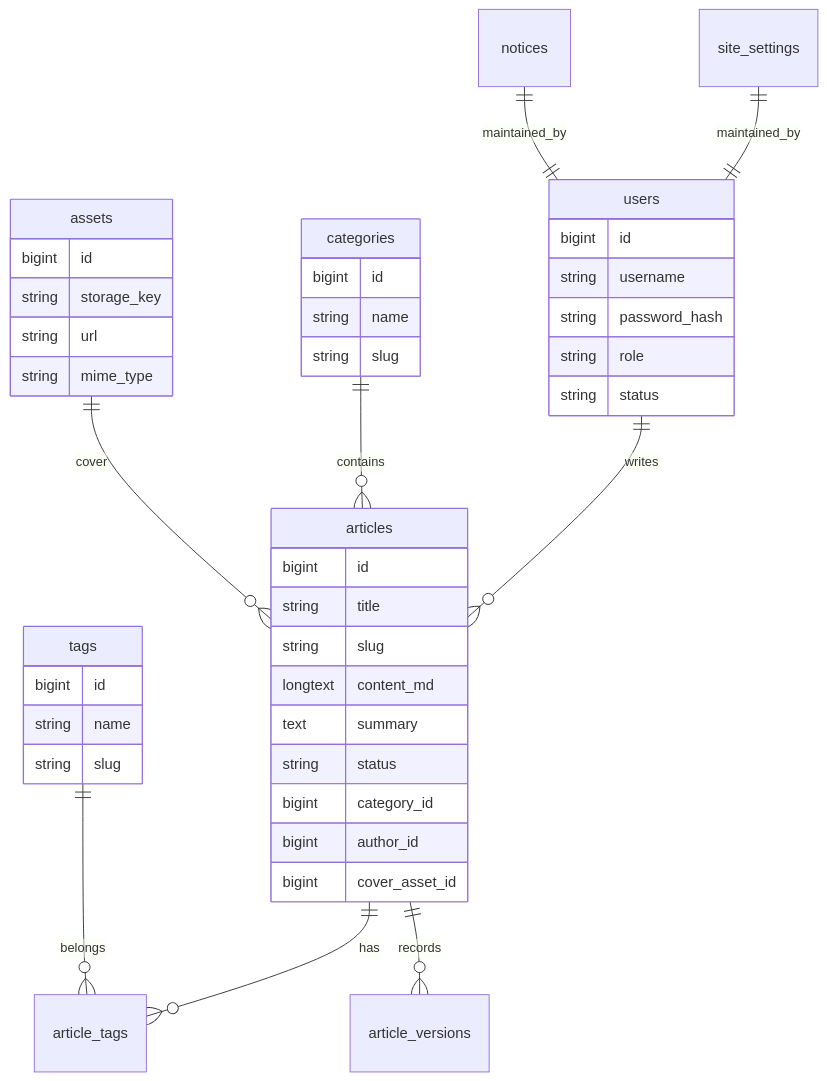
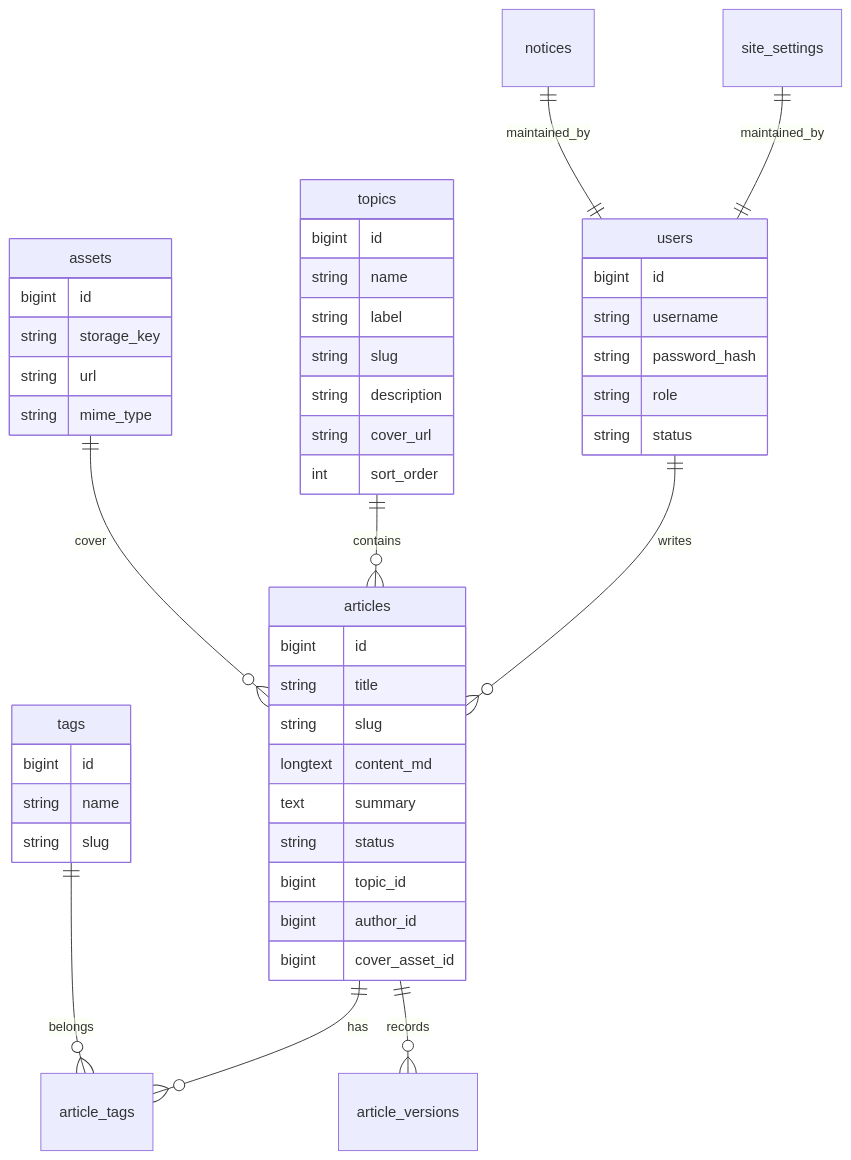
Before and after one commit to SolitudeKing/blog: the diagram in docs/03-data-api-design.md, drawn with Mermaid. The commit also changed other lines of this file and 59 other files, not shown here.

````diff
--- a/docs/03-data-api-design.md
+++ b/docs/03-data-api-design.md
@@ -14,50 +14,54 @@
 ```mermaid
 erDiagram
   users ||--o{ articles : writes
-  categories ||--o{ articles : contains
+  topics ||--o{ articles : contains
   articles ||--o{ article_tags : has
   tags ||--o{ article_tags : belongs
   assets ||--o{ articles : cover
   articles ||--o{ article_versions : records
   site_settings ||--|| users : maintained_by
   notices ||--|| users : maintained_by
 
   users {
     bigint id
     string username
     string password_hash
     string role
     string status
   }
 
   articles {
     bigint id
     string title
     string slug
     longtext content_md
     text summary
     string status
-    bigint category_id
+    bigint topic_id
     bigint author_id
     bigint cover_asset_id
   }
 
-  categories {
+  topics {
     bigint id
     string name
+    string label
     string slug
+    string description
+    string cover_url
+    int sort_order
   }
 
   tags {
     bigint id
     string name
     string slug
   }
 
   assets {
     bigint id
     string storage_key
     string url
     string mime_type
   }
 ```
````
